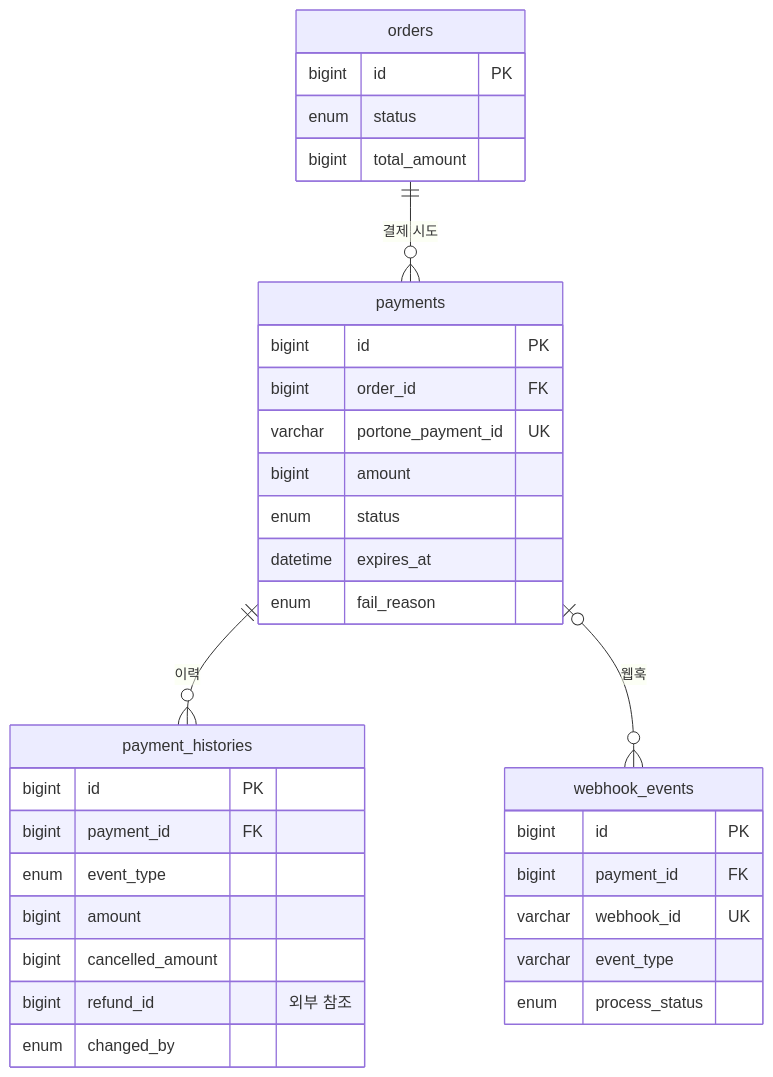
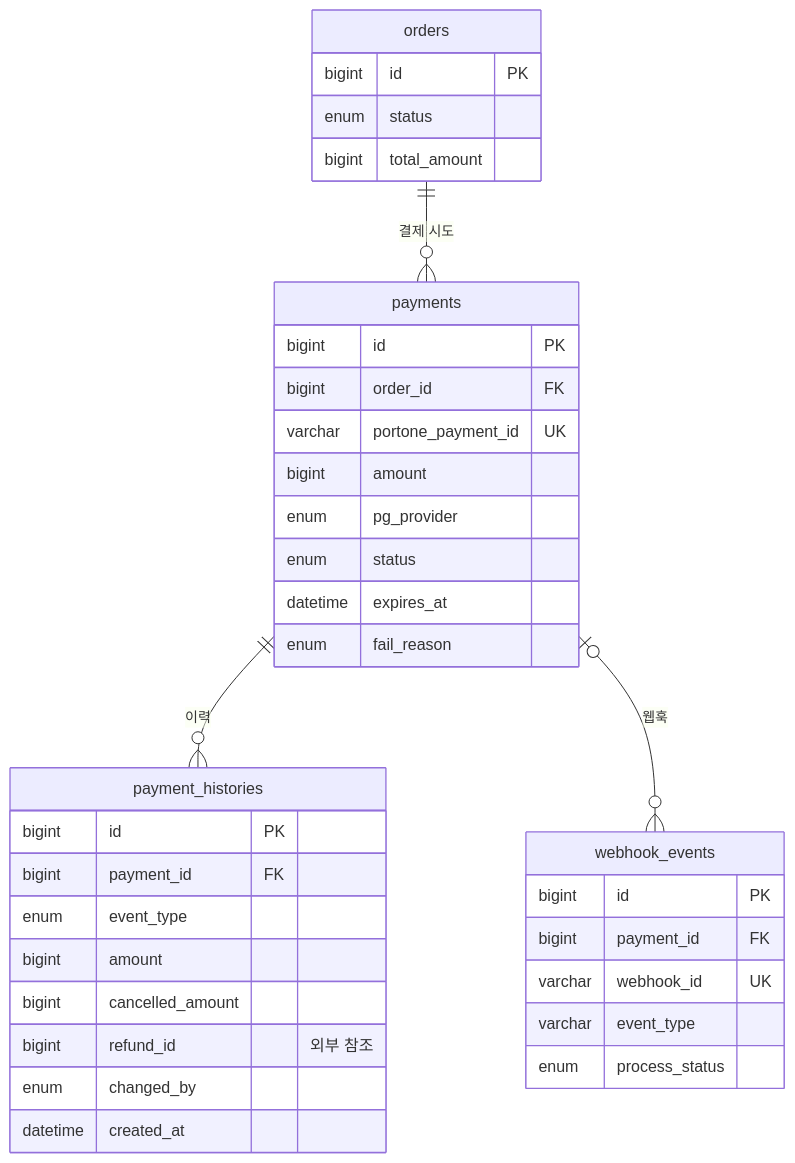
One commit to sparta-final-4/take-care-of-my-fridge changed the seventh of 8 diagrams in docs/database/erd.md. Above: the diagram before and after it, drawn with Mermaid. The commit also changed other lines of this file and 11 other files, not shown here.

````diff
--- a/docs/database/erd.md
+++ b/docs/database/erd.md
@@ -297,37 +297,39 @@
 ```mermaid
 erDiagram
     orders ||--o{ payments : "결제 시도"
     payments ||--o{ payment_histories : "이력"
     payments |o--o{ webhook_events : "웹훅"
 
     orders {
         bigint id PK
         enum status
         bigint total_amount
     }
     payments {
         bigint id PK
         bigint order_id FK
         varchar portone_payment_id UK
         bigint amount
+        enum pg_provider
         enum status
         datetime expires_at
         enum fail_reason
     }
     payment_histories {
         bigint id PK
         bigint payment_id FK
         enum event_type
         bigint amount
         bigint cancelled_amount
         bigint refund_id "외부 참조"
         enum changed_by
+        datetime created_at
     }
     webhook_events {
         bigint id PK
         bigint payment_id FK
         varchar webhook_id UK
         varchar event_type
         enum process_status
     }
 ```
````
